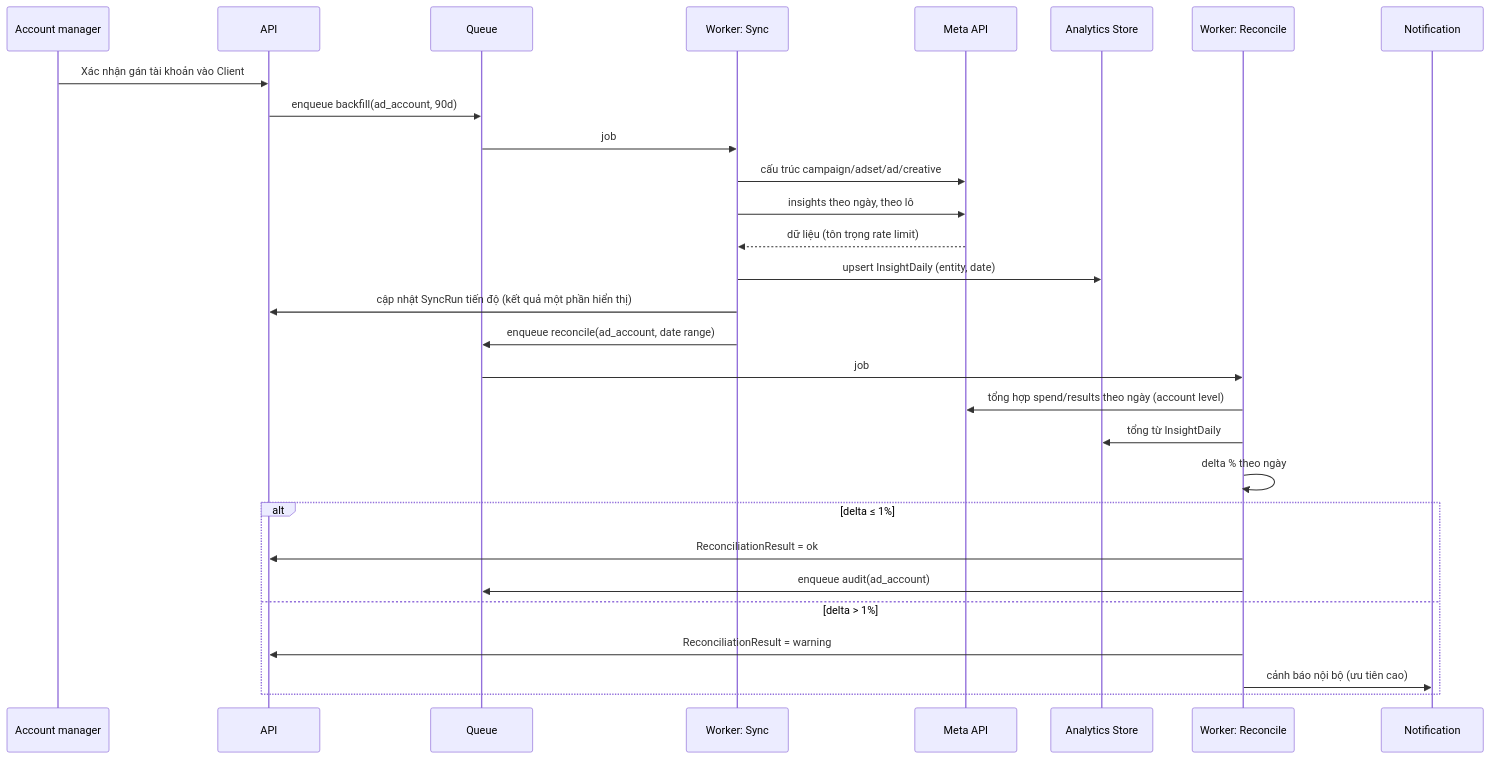
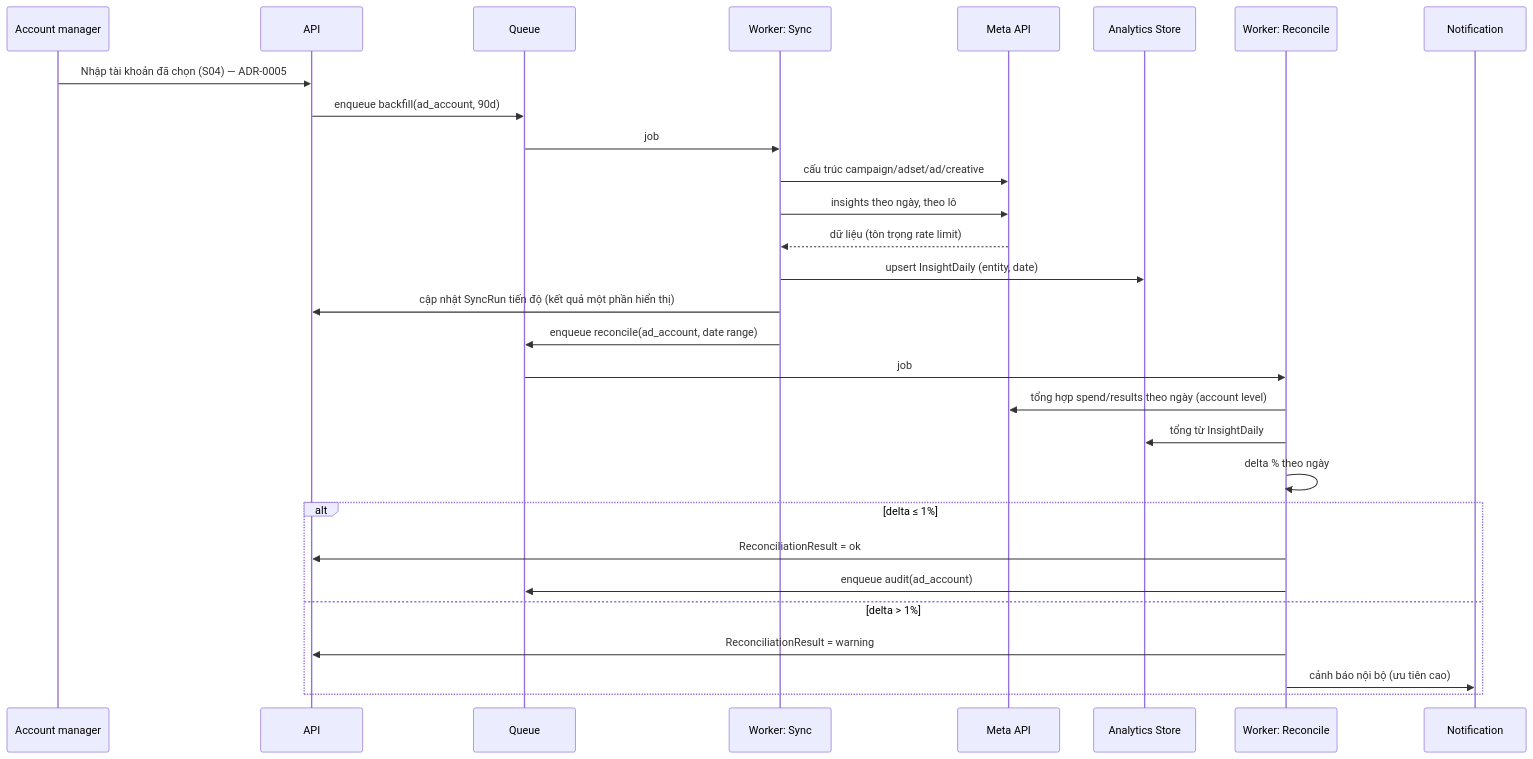
Before and after one commit to trinhcongtan192vn/AdxLens: the fourth of 6 diagrams in docs/architecture/L2-logical.md, drawn with Mermaid. The commit also changed other lines of this file and 43 other files, not shown here.

````diff
--- a/docs/architecture/L2-logical.md
+++ b/docs/architecture/L2-logical.md
@@ -238,32 +238,32 @@
 ```mermaid
 sequenceDiagram
     participant U as Account manager
     participant API as API
     participant Q as Queue
     participant W as Worker: Sync
     participant META as Meta API
     participant AN as Analytics Store
     participant R as Worker: Reconcile
     participant N as Notification
 
-    U->>API: Xác nhận gán tài khoản vào Client
+    U->>API: Nhập tài khoản đã chọn (S04) — ADR-0005
     API->>Q: enqueue backfill(ad_account, 90d)
     Q->>W: job
     W->>META: cấu trúc campaign/adset/ad/creative
     W->>META: insights theo ngày, theo lô
     META-->>W: dữ liệu (tôn trọng rate limit)
     W->>AN: upsert InsightDaily (entity, date)
     W->>API: cập nhật SyncRun tiến độ (kết quả một phần hiển thị)
     W->>Q: enqueue reconcile(ad_account, date range)
     Q->>R: job
     R->>META: tổng hợp spend/results theo ngày (account level)
     R->>AN: tổng từ InsightDaily
     R->>R: delta % theo ngày
     alt delta ≤ 1%
         R->>API: ReconciliationResult = ok
         R->>Q: enqueue audit(ad_account)
     else delta > 1%
         R->>API: ReconciliationResult = warning
         R->>N: cảnh báo nội bộ (ưu tiên cao)
     end
 ```
````
